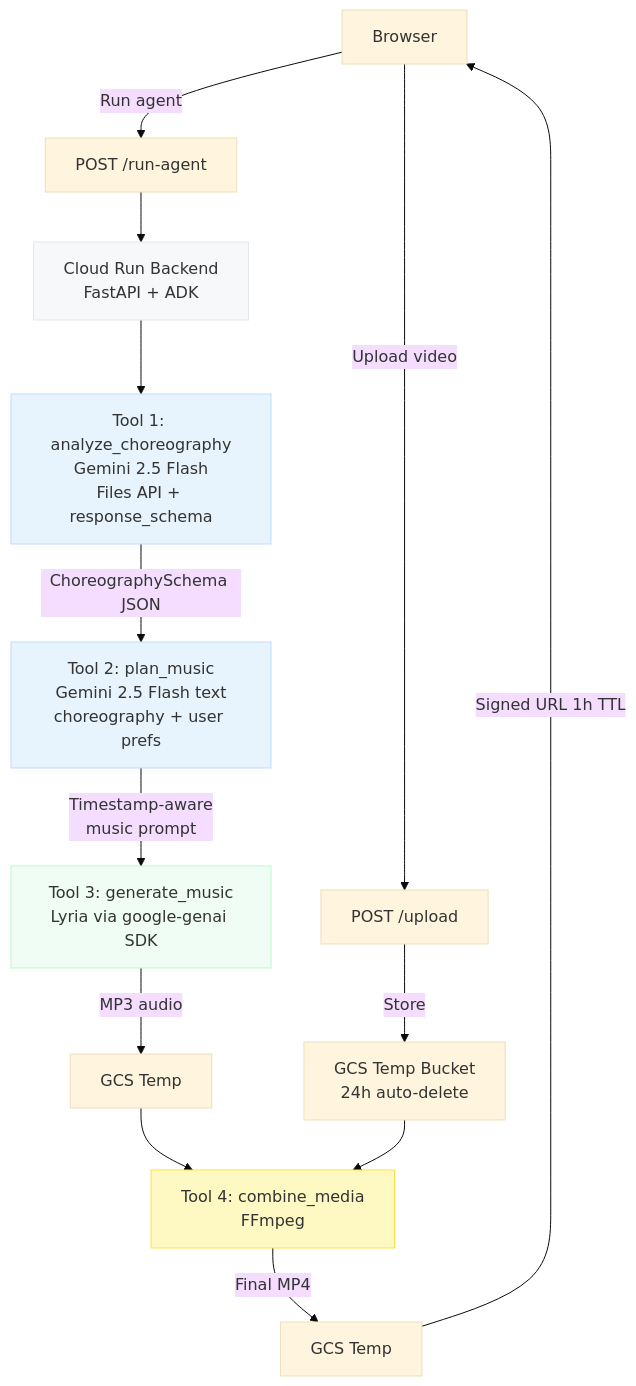
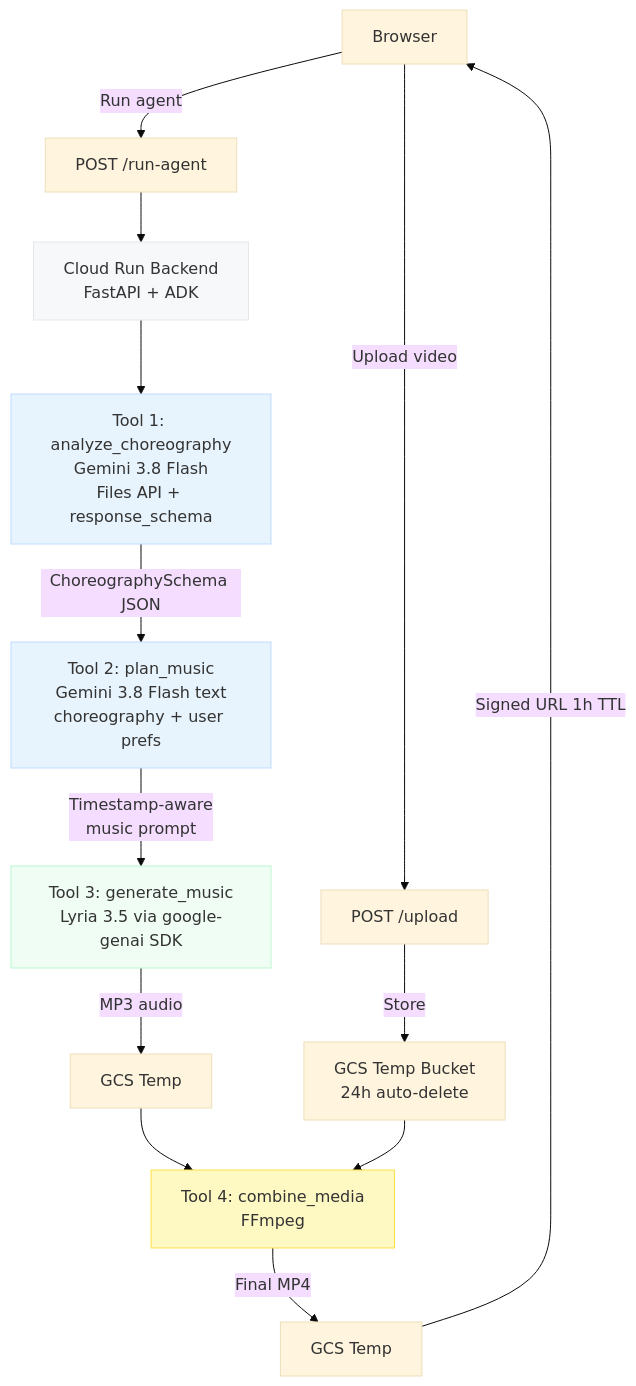
The diagram in README.md (PrathmeshAdsod/MoveScore), drawn with Mermaid (base theme) before and after one commit. The commit also changed other lines of this file and 28 other files, not shown here.

````diff
--- a/README.md
+++ b/README.md
@@ -43,22 +43,22 @@
 ```mermaid
 flowchart TD
     A[Browser] -->|Upload video| B[POST /upload]
     B -->|Store| C[GCS Temp Bucket\n24h auto-delete]
     A -->|Run agent| D[POST /run-agent]
     D --> E[Cloud Run Backend\nFastAPI + ADK]
 
-    E --> F[Tool 1: analyze_choreography\nGemini 2.5 Flash\nFiles API + response_schema]
-    F -->|ChoreographySchema JSON| G[Tool 2: plan_music\nGemini 2.5 Flash text\nchoreography + user prefs]
-    G -->|Timestamp-aware\nmusic prompt| H[Tool 3: generate_music\nLyria via google-genai SDK]
+    E --> F[Tool 1: analyze_choreography\nGemini 3.8 Flash\nFiles API + response_schema]
+    F -->|ChoreographySchema JSON| G[Tool 2: plan_music\nGemini 3.8 Flash text\nchoreography + user prefs]
+    G -->|Timestamp-aware\nmusic prompt| H[Tool 3: generate_music\nLyria 3.5 via google-genai SDK]
     H -->|MP3 audio| I[GCS Temp]
     I --> J[Tool 4: combine_media\nFFmpeg]
     C --> J
     J -->|Final MP4| K[GCS Temp]
     K -->|Signed URL 1h TTL| A
 
     style E fill:#f7f8fa,stroke:#e5e7eb
     style F fill:#e8f4fd,stroke:#bfdbfe
     style G fill:#e8f4fd,stroke:#bfdbfe
     style H fill:#f0fdf4,stroke:#bbf7d0
     style J fill:#fef9c3,stroke:#fde047
 ```
````
